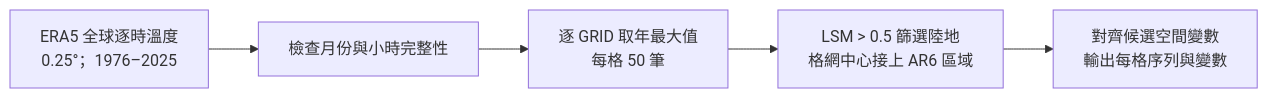
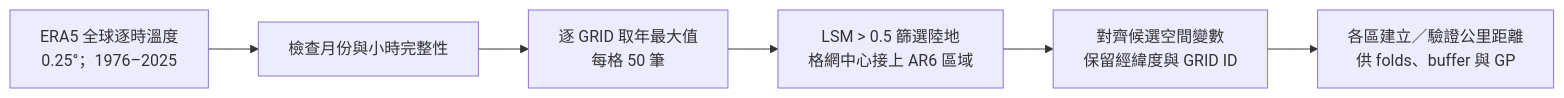
The first of 5 diagrams in README.md (shu-ming0808/gev-use-nn), drawn with Mermaid before and after one commit. The commit also changed other lines of this file and 12 other files, not shown here.

```diff
--- a/README.md
+++ b/README.md
@@ -91,7 +114,8 @@
 ~~~mermaid
 flowchart LR
     A["ERA5 全球逐時溫度<br/>0.25°；1976–2025"] --> B["檢查月份與小時完整性"]
     B --> C["逐 GRID 取年最大值<br/>每格 50 筆"]
     C --> D["LSM > 0.5 篩選陸地<br/>格網中心接上 AR6 區域"]
-    D --> E["對齊候選空間變數<br/>輸出每格序列與變數"]
+    D --> E["對齊候選空間變數<br/>保留經緯度與 GRID ID"]
+    E --> F["各區建立／驗證公里距離<br/>供 folds、buffer 與 GP"]
 ~~~
```
